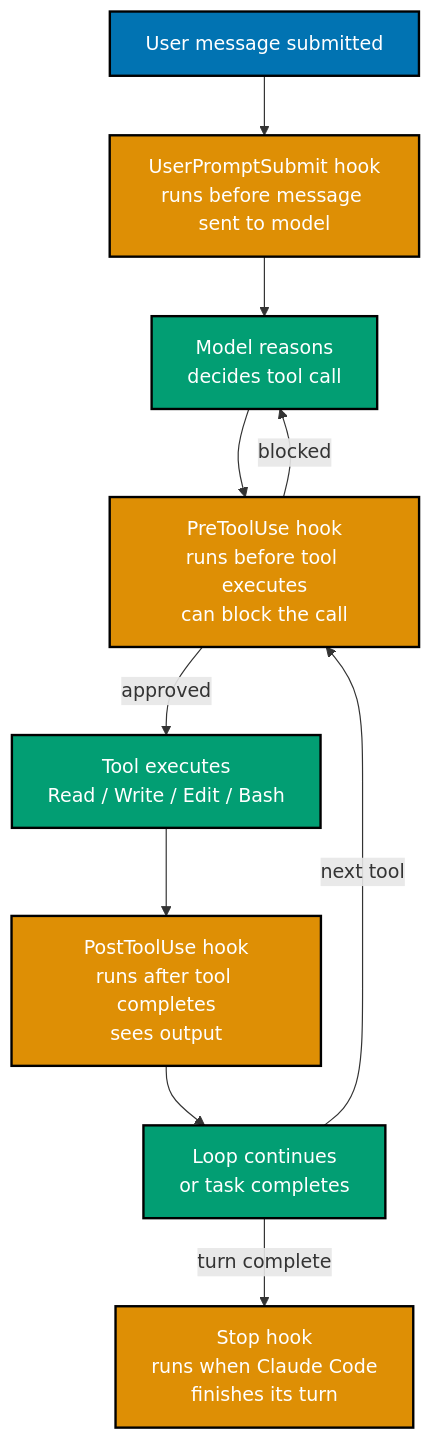
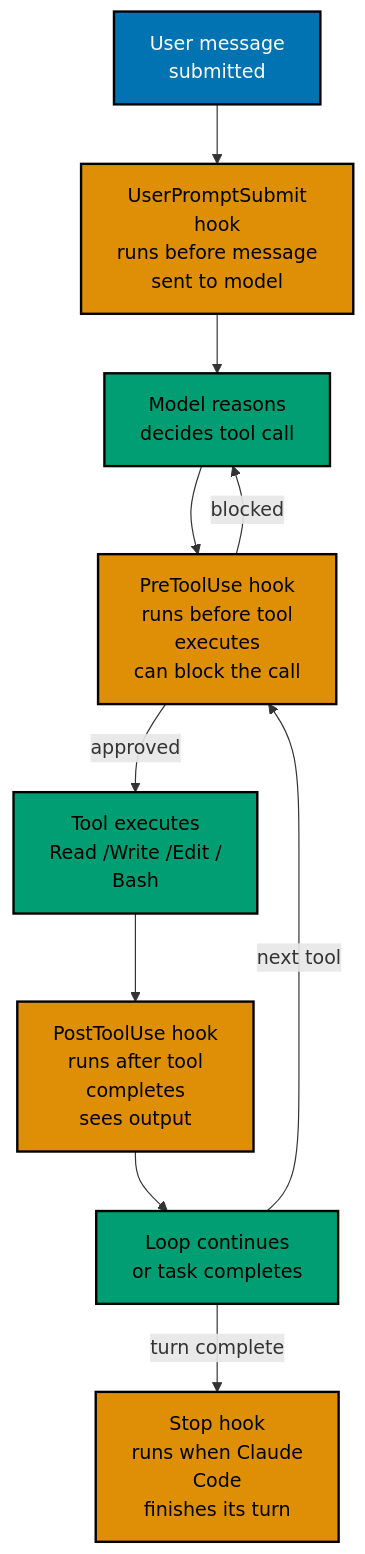
Before and after one commit to wahidyankf/ose-public: the third of 8 diagrams in apps/ayokoding-www/content/en/learn/legacy/artificial-intelligence/tools/claude-code/by-concept/intermediate.md, drawn with Mermaid. The commit also changed other lines of this file and 50 other files, not shown here.

First line of the commit message:
fix(mermaid): bring the docs, governance, plans, and legacy AI diagrams onto the accessible palette

````diff
--- a/apps/ayokoding-www/content/en/learn/legacy/artificial-intelligence/tools/claude-code/by-concept/intermediate.md
+++ b/apps/ayokoding-www/content/en/learn/legacy/artificial-intelligence/tools/claude-code/by-concept/intermediate.md
@@ -252,28 +258,31 @@
 ```mermaid
 %% Color Palette: Blue #0173B2, Orange #DE8F05, Teal #029E73, Purple #CC78BC, Brown #CA9161
 %% All colors are color-blind friendly and meet WCAG AA contrast standards
 
 graph TD
-    MSG["User message submitted"]:::blue
-    UPS["UserPromptSubmit hook<br/>runs before message sent to model"]:::orange
+    accTitle: 3. Hooks System
+    accDescr: Graph with 8 nodes and 9 connections. Nodes: User message submitted, UserPromptSubmit hook runs before message sent to model, Model reasons decides tool call, PreToolUse hook runs before tool executes can block the call, Tool executes Read /Write /Edit / Bash, PostToolUse hook runs after tool completes sees output, Loop continues or task completes, Stop hook runs when Claude Code finishes its turn. Connections: User message submitted to UserPromptSubmit hook runs before message sent to model, UserPromptSubmit hook runs before message sent to model to Model reasons decides tool call, Model reasons decides tool call to PreToolUse hook runs before tool executes can block the call, PreToolUse hook runs before tool executes can block the call to Tool executes Read /Write /Edit / Bash (approved), PreToolUse hook runs before tool executes can block the call to Model reasons decides tool call (blocked), Tool executes Read /Write /Edit / Bash to PostToolUse hook runs after tool completes sees output, PostToolUse hook runs after tool completes sees output to Loop continues or task completes, Loop continues or task completes to PreToolUse hook runs before tool executes can block the call (next tool), Loop continues or task completes to Stop hook runs when Claude Code finishes its turn (turn complete).
+    MSG["User message<br/>submitted"]:::blue
+    UPS["UserPromptSubmit<br/>hook<br/>runs before message<br/>sent to model"]:::orange
     MODEL["Model reasons<br/>decides tool call"]:::teal
-    PRE["PreToolUse hook<br/>runs before tool executes<br/>can block the call"]:::orange
-    TOOL["Tool executes<br/>Read / Write / Edit / Bash"]:::teal
-    POST["PostToolUse hook<br/>runs after tool completes<br/>sees output"]:::orange
+    PRE["PreToolUse hook<br/>runs before tool<br/>executes<br/>can block the call"]:::orange
+    TOOL["Tool executes<br/>Read /Write /Edit /<br/>Bash"]:::teal
+    POST["PostToolUse hook<br/>runs after tool<br/>completes<br/>sees output"]:::orange
     LOOP["Loop continues<br/>or task completes"]:::teal
-    STOP["Stop hook<br/>runs when Claude Code<br/>finishes its turn"]:::orange
+    STOP["Stop hook<br/>runs when Claude<br/>Code<br/>finishes its turn"]:::orange
 
     MSG --> UPS
     UPS --> MODEL
     MODEL --> PRE
     PRE -->|"approved"| TOOL
     PRE -->|"blocked"| MODEL
     TOOL --> POST
     POST --> LOOP
     LOOP -->|"next tool"| PRE
     LOOP -->|"turn complete"| STOP
 
     classDef blue fill:#0173B2,stroke:#000000,color:#FFFFFF,stroke-width:2px
-    classDef orange fill:#DE8F05,stroke:#000000,color:#FFFFFF,stroke-width:2px
-    classDef teal fill:#029E73,stroke:#000000,color:#FFFFFF,stroke-width:2px
+    classDef orange fill:#DE8F05,stroke:#000000,color:#000000,stroke-width:2px
+    classDef teal fill:#029E73,stroke:#000000,color:#000000,stroke-width:2px
+    classDef default fill:#FFFFFF,stroke:#000000,color:#000000
 ```
````
